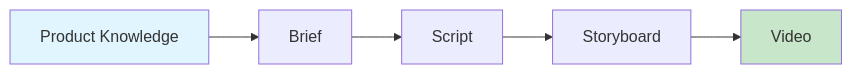
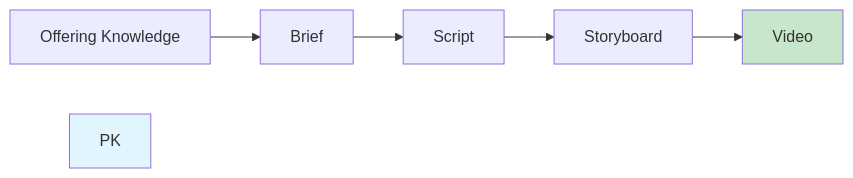
Before and after one commit to petkao/pinkcurve-blueprint: the first of 3 diagrams in docs/05-creative-studio.md, drawn with Mermaid. The commit also changed other lines of this file and 18 other files, not shown here.

Commit message:
Blueprint v0.2: Establish offering-centric visual discovery architecture

````diff
--- a/docs/05-creative-studio.md
+++ b/docs/05-creative-studio.md
@@ -41,10 +41,10 @@
 ```mermaid
 flowchart LR
-    PK[Product Knowledge] --> Brief
+    OK[Offering Knowledge] --> Brief
     Brief --> Script
     Script --> Storyboard
     Storyboard --> Video
 
     style PK fill:#e1f5fe
     style Video fill:#c8e6c9
 ```
````
